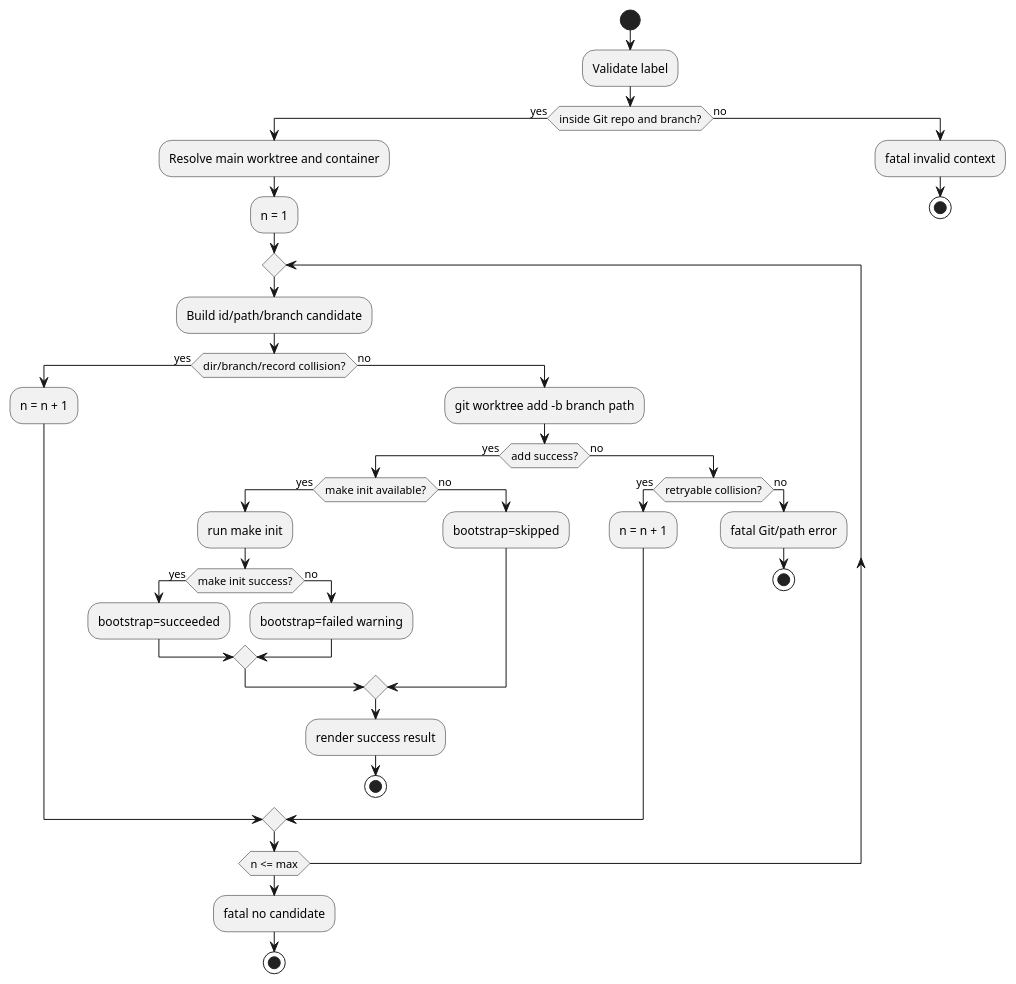
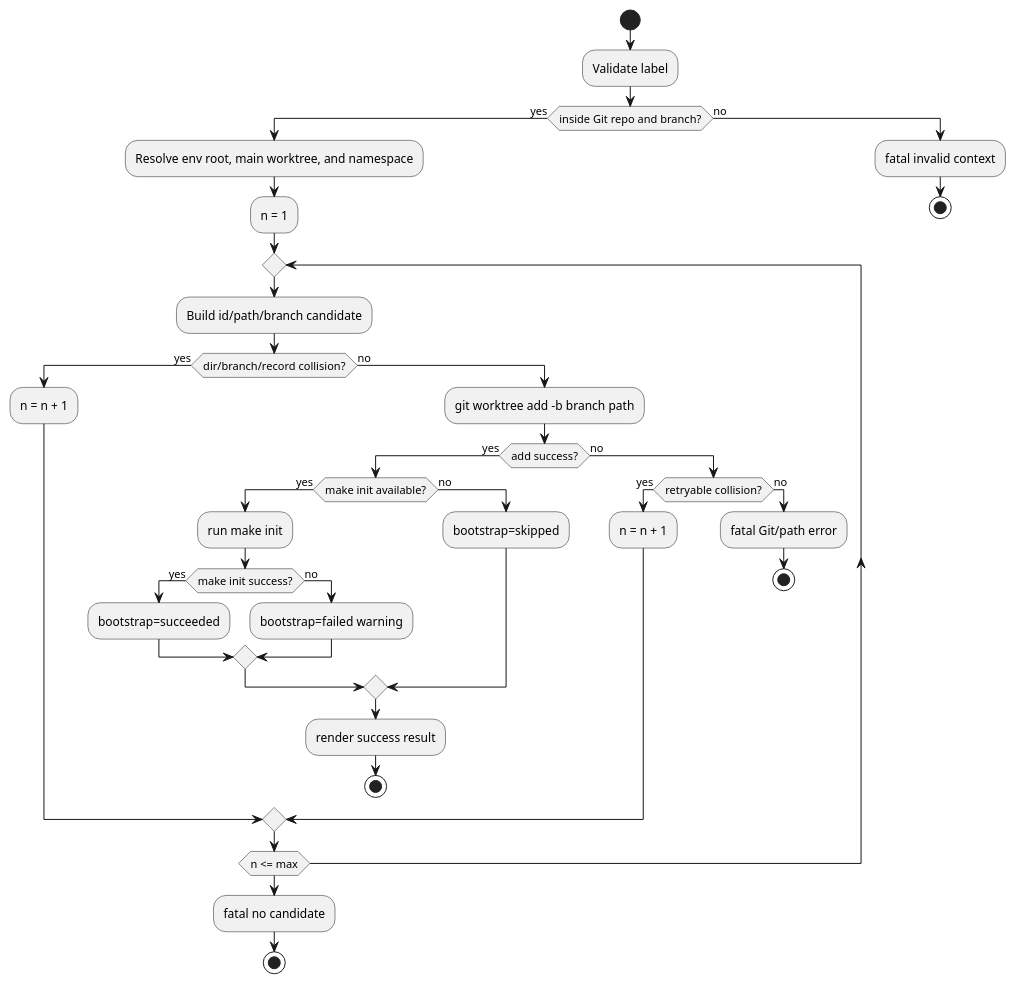
The fourth of 4 diagrams in spec-dock/initiatives/init-local-00002-prototype-feature-expansion/epics/epic-00107-worktree-provisioning/design.md (chemitaro/spec-dock), drawn with PlantUML before and after one commit. The commit also changed other lines of this file and 24 other files, not shown here.

````diff
--- a/spec-dock/initiatives/init-local-00002-prototype-feature-expansion/epics/epic-00107-worktree-provisioning/design.md
+++ b/spec-dock/initiatives/init-local-00002-prototype-feature-expansion/epics/epic-00107-worktree-provisioning/design.md
@@ -307,45 +308,45 @@
 ```plantuml
 @startuml
 skinparam monochrome true
 start
 :Validate label;
 if (inside Git repo and branch?) then (yes)
-  :Resolve main worktree and container;
+  :Resolve env root, main worktree, and namespace;
   :n = 1;
   repeat
     :Build id/path/branch candidate;
     if (dir/branch/record collision?) then (yes)
       :n = n + 1;
     else (no)
       :git worktree add -b branch path;
       if (add success?) then (yes)
         if (make init available?) then (yes)
           :run make init;
           if (make init success?) then (yes)
             :bootstrap=succeeded;
           else (no)
             :bootstrap=failed warning;
           endif
         else (no)
           :bootstrap=skipped;
         endif
         :render success result;
         stop
       else (no)
         if (retryable collision?) then (yes)
           :n = n + 1;
         else (no)
           :fatal Git/path error;
           stop
         endif
       endif
     endif
   repeat while (n <= max)
   :fatal no candidate;
   stop
 else (no)
   :fatal invalid context;
   stop
 endif
 @enduml
 ```
````
